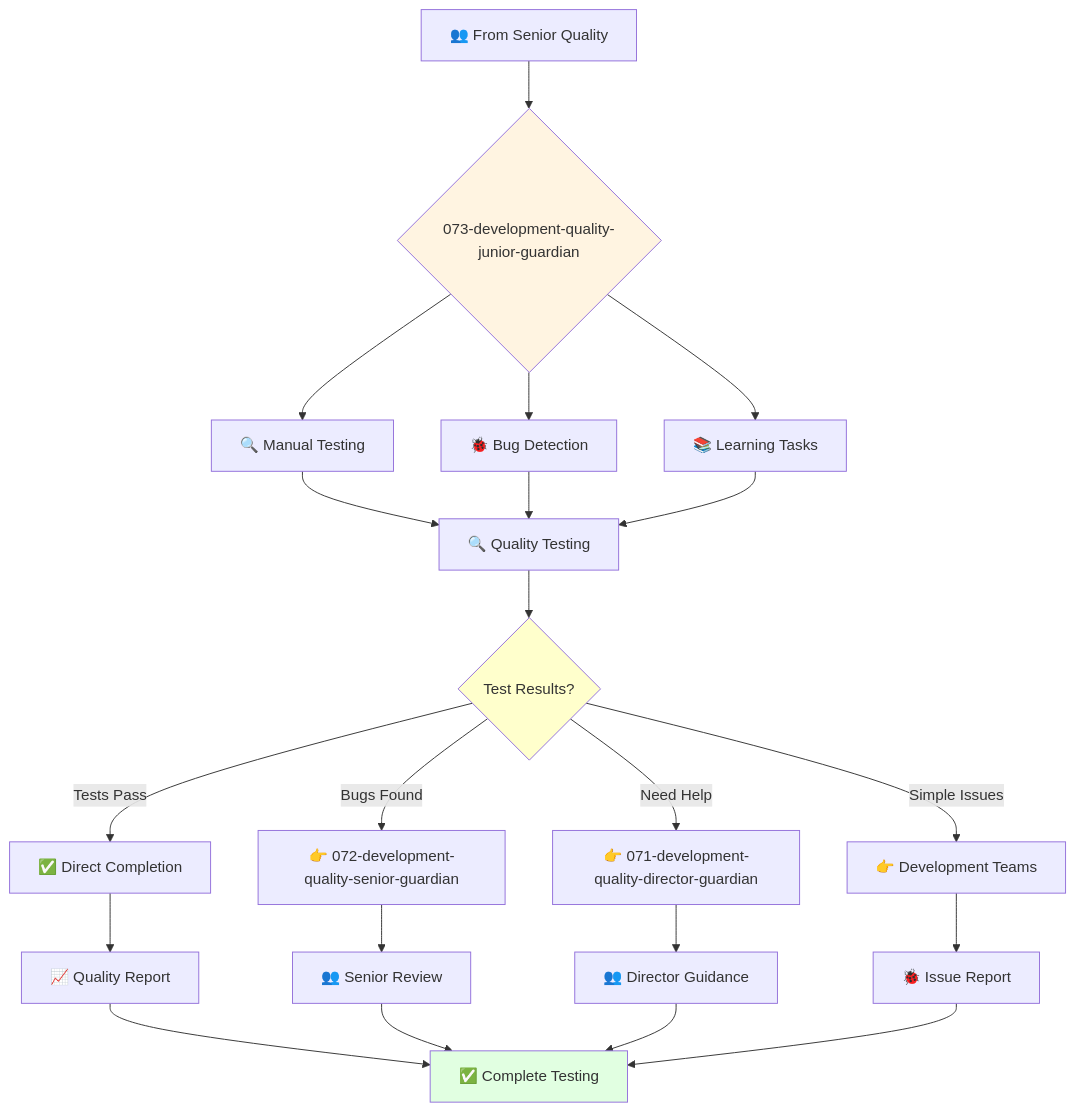
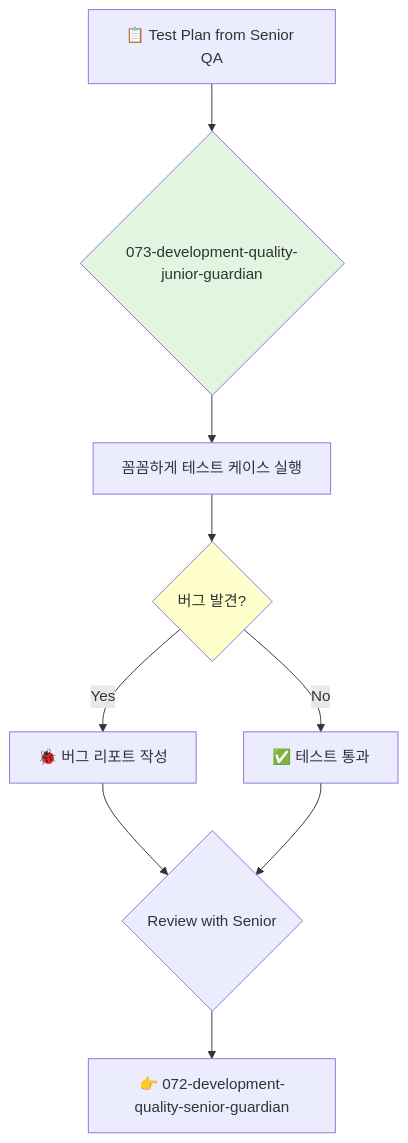
The diagram in 2-engineering/3-quality-engineering/073-development-quality-junior-guardian.md (kairin/claude-guardian-agents), drawn with Mermaid before and after one commit. The commit also changed other lines of this file and 42 other files, not shown here.

````diff
--- a/2-engineering/3-quality-engineering/073-development-quality-junior-guardian.md
+++ b/2-engineering/3-quality-engineering/073-development-quality-junior-guardian.md
@@ -66,31 +72,16 @@
 ```mermaid
 flowchart TD
-    A[👥 From Senior Quality] --> B{073-development-quality-junior-guardian}
-    B --> C[🔍 Manual Testing]
-    B --> D[🐞 Bug Detection]
-    B --> E[📚 Learning Tasks]
-    
-    C --> F[🔍 Quality Testing]
-    D --> F
-    E --> F
-    
-    F --> G{Test Results?}
-    G -->|Tests Pass| H[✅ Direct Completion]
-    G -->|Bugs Found| I[👉 072-development-quality-senior-guardian]
-    G -->|Need Help| J[👉 071-development-quality-director-guardian]
-    G -->|Simple Issues| K[👉 Development Teams]
-    
-    H --> L[📈 Quality Report]
-    I --> M[👥 Senior Review]
-    J --> N[👥 Director Guidance]
-    K --> O[🐞 Issue Report]
-    
-    L --> P[✅ Complete Testing]
-    M --> P
-    N --> P
-    O --> P
-    
-    style B fill:#fff4e1
-    style G fill:#ffffcc
-    style P fill:#e1ffe1
+    A[📋 Test Plan from Senior QA] --> B{073-development-quality-junior-guardian}
+    B --> C[꼼꼼하게 테스트 케이스 실행]
+    C --> D{버그 발견?}
+    D -->|Yes| E[🐞 버그 리포트 작성]
+    D -->|No| F[✅ 테스트 통과]
+
+    E --> G{Review with Senior}
+    F --> G
+
+    G --> H[👉 072-development-quality-senior-guardian]
+
+    style B fill:#e1f5e1
+    style D fill:#ffffcc
 ```
````
